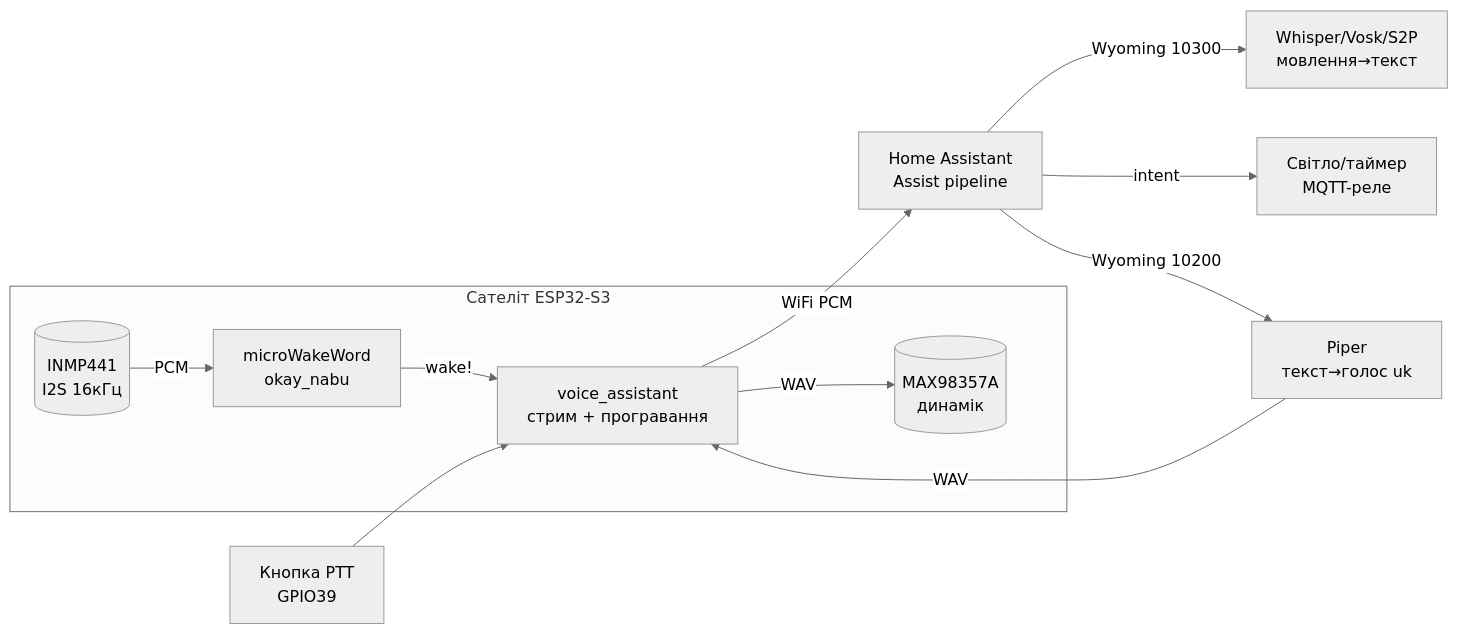
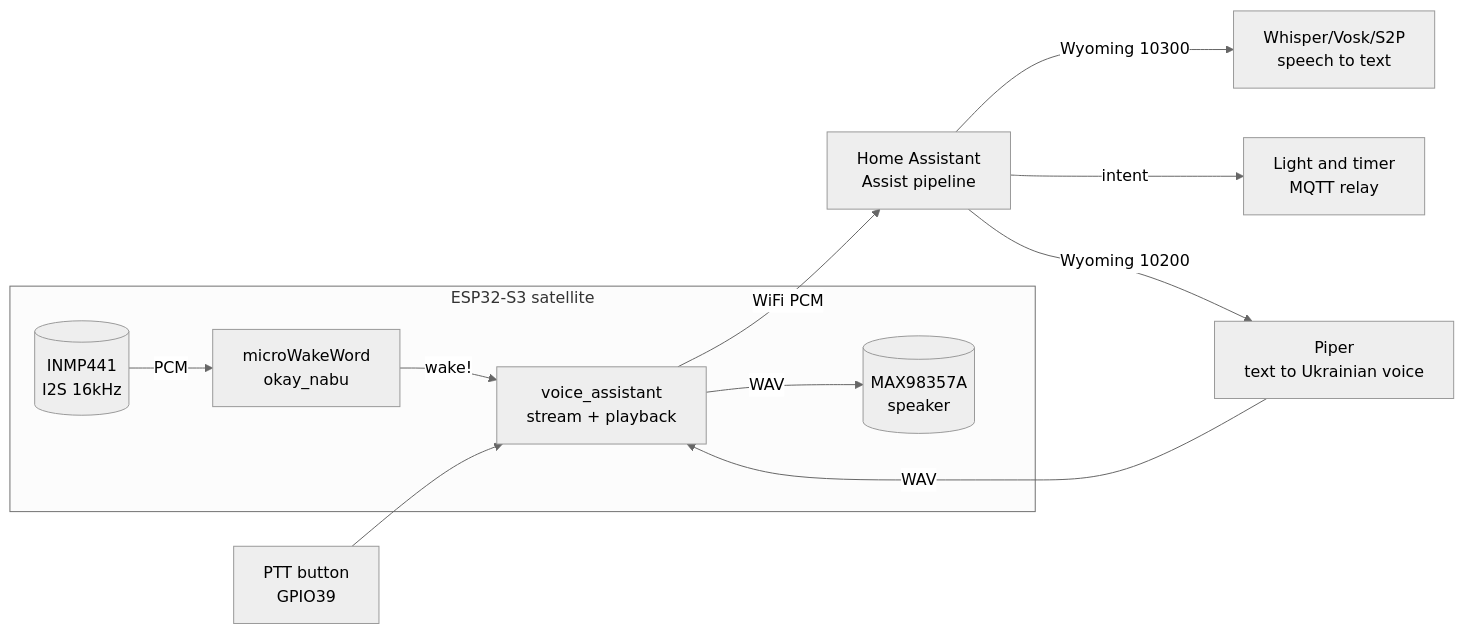
One commit to ksalab/embedded-reference changed the diagram in obsidian_vault/ESP32-Reference/EN/15-Protocols/10-Voice-Assistant.en.md. Above: the diagram before and after it, drawn with Mermaid (neutral theme). The commit also changed other lines of this file and 76 other files, not shown here.

````diff
--- a/obsidian_vault/ESP32-Reference/EN/15-Protocols/10-Voice-Assistant.en.md
+++ b/obsidian_vault/ESP32-Reference/EN/15-Protocols/10-Voice-Assistant.en.md
@@ -399,18 +398,18 @@
 ```mermaid
 graph LR
-    subgraph SAT[Сателіт ESP32-S3]
-        MIC[(INMP441<br/>I2S 16кГц)]
+    subgraph SAT[ESP32-S3 satellite]
+        MIC[(INMP441<br/>I2S 16kHz)]
         MWW[microWakeWord<br/>okay_nabu]
-        VA[voice_assistant<br/>стрим + програвання]
-        SPK[(MAX98357A<br/>динамік)]
+        VA[voice_assistant<br/>stream + playback]
+        SPK[(MAX98357A<br/>speaker)]
         MIC -->|PCM| MWW
         MWW -->|wake!| VA
         VA -->|WAV| SPK
     end
     VA -->|WiFi PCM| HA[Home Assistant<br/>Assist pipeline]
-    HA -->|Wyoming 10300| STT[Whisper/Vosk/S2P<br/>мовлення→текст]
-    HA -->|intent| ACT[Світло/таймер<br/>MQTT-реле]
-    HA -->|Wyoming 10200| TTS[Piper<br/>текст→голос uk]
+    HA -->|Wyoming 10300| STT[Whisper/Vosk/S2P<br/>speech to text]
+    HA -->|intent| ACT[Light and timer<br/>MQTT relay]
+    HA -->|Wyoming 10200| TTS[Piper<br/>text to Ukrainian voice]
     TTS -->|WAV| VA
-    BTN[Кнопка PTT<br/>GPIO39] --> VA
+    BTN[PTT button<br/>GPIO39] --> VA
 ```
````
